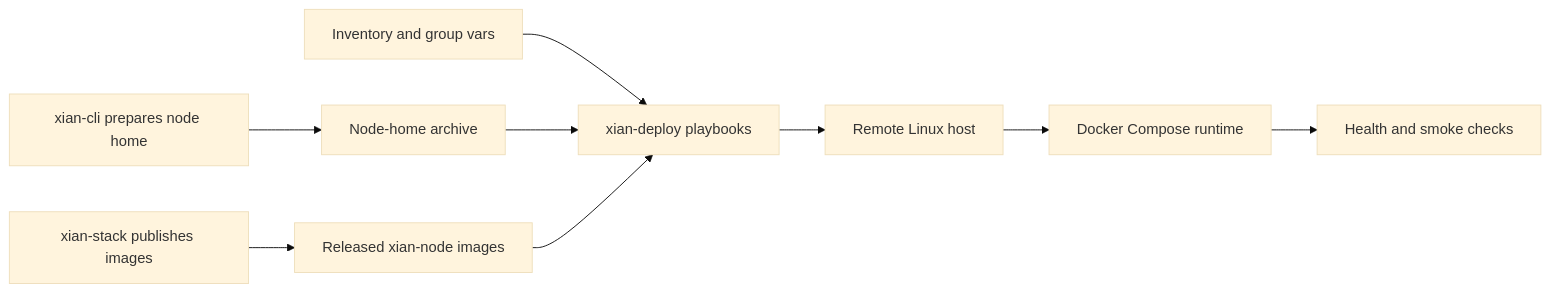
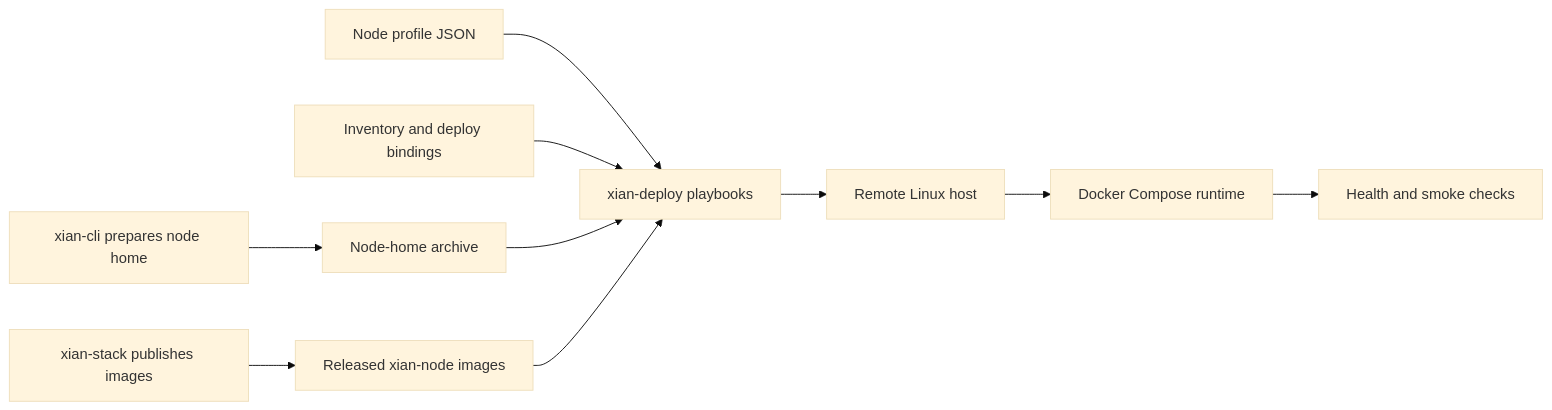
Before and after one commit to xian-technology/xian-deploy: the diagram in README.md, drawn with Mermaid (base theme). The commit also changed other lines of this file and 42 other files, not shown here.

Commit message:
Deploy node profiles directly

````diff
--- a/README.md
+++ b/README.md
@@ -13,11 +13,12 @@
 ```mermaid
 flowchart LR
   CLI["xian-cli prepares node home"] --> Archive["Node-home archive"]
   Stack["xian-stack publishes images"] --> Images["Released xian-node images"]
-  Inventory["Inventory and group vars"] --> Playbooks["xian-deploy playbooks"]
+  Profile["Node profile JSON"] --> Playbooks["xian-deploy playbooks"]
+  Inventory["Inventory and deploy bindings"] --> Playbooks
   Archive --> Playbooks
   Images --> Playbooks
   Playbooks --> Host["Remote Linux host"]
   Host --> Runtime["Docker Compose runtime"]
   Runtime --> Health["Health and smoke checks"]
 ```
````
